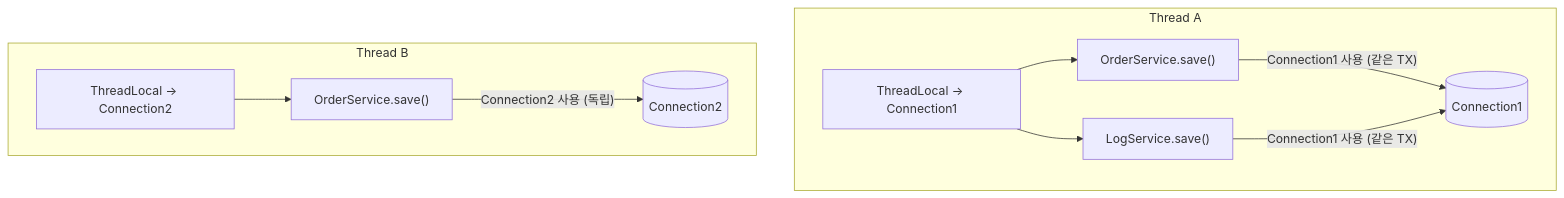
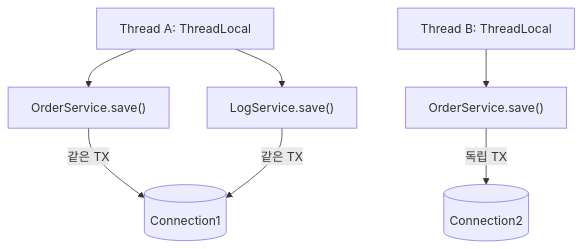
The second of 3 diagrams in _posts/spring/2026-05-01-spring-transaction.md (yjkim2015/yjkim2015.github.io), drawn with Mermaid before and after one commit. The commit also changed other lines of this file and 215 other files, not shown here.

First line of the commit message:
신규 포스트 10개 추가 + Mermaid 전면 축소 + SystemDesign 시리즈 보강

````diff
--- a/_posts/spring/2026-05-01-spring-transaction.md
+++ b/_posts/spring/2026-05-01-spring-transaction.md
@@ -114,18 +109,9 @@
 ```mermaid
 graph TD
-    subgraph "Thread A"
-        TLA["ThreadLocal → Connection1"]
-        OSA["OrderService.save()"]
-        LSA["LogService.save()"]
-        TLA --> OSA
-        TLA --> LSA
-        OSA -->|"Connection1 사용 (같은 TX)"| C1[("Connection1")]
-        LSA -->|"Connection1 사용 (같은 TX)"| C1
-    end
-    subgraph "Thread B"
-        TLB["ThreadLocal → Connection2"]
-        OSB["OrderService.save()"]
-        TLB --> OSB
-        OSB -->|"Connection2 사용 (독립)"| C2[("Connection2")]
-    end
+    TLA["Thread A: ThreadLocal"] --> OSA["OrderService.save()"]
+    TLA --> LSA["LogService.save()"]
+    OSA -->|"같은 TX"| C1[("Connection1")]
+    LSA -->|"같은 TX"| C1
+    TLB["Thread B: ThreadLocal"] --> OSB["OrderService.save()"]
+    OSB -->|"독립 TX"| C2[("Connection2")]
 ```
````
